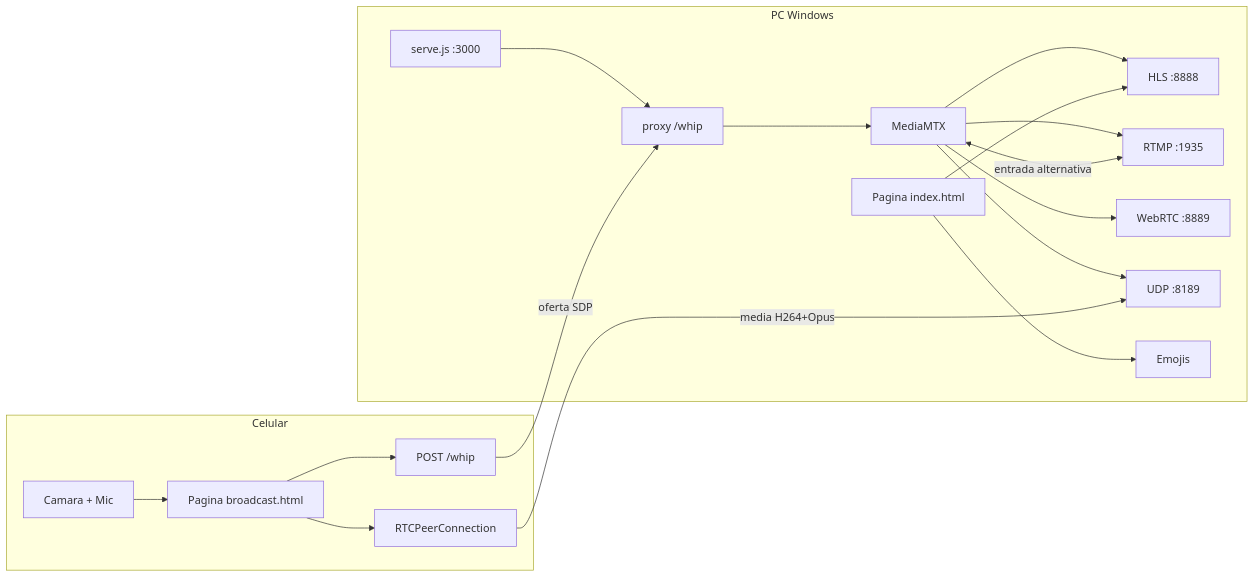
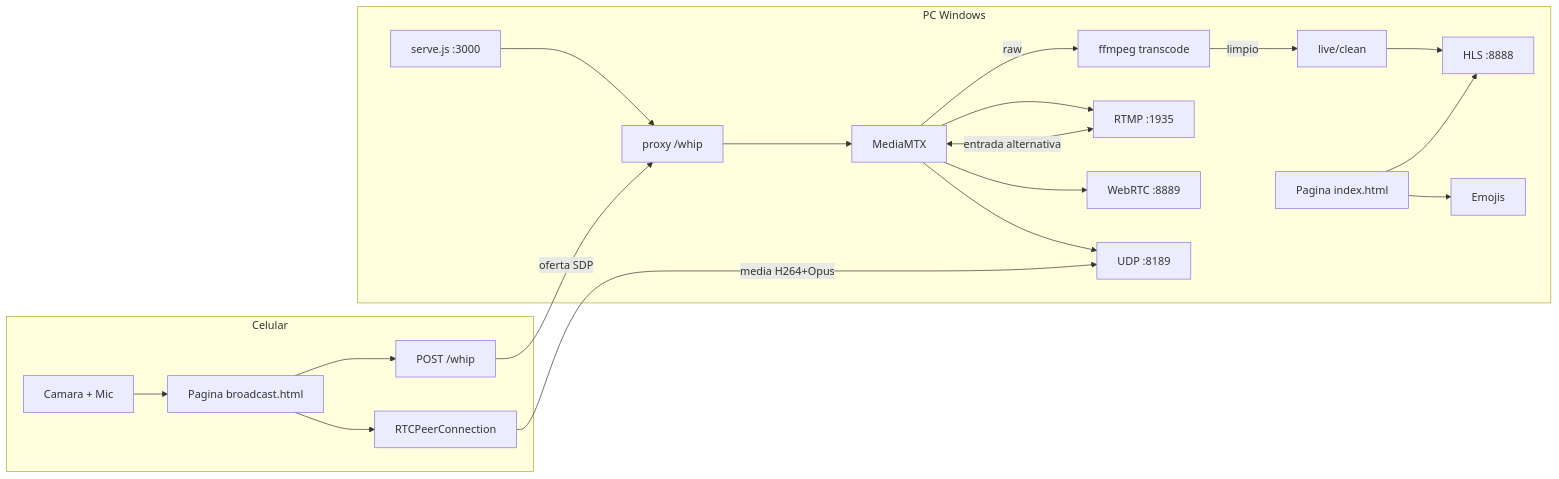
The first of 2 diagrams in README.md (DanmerCC/tiktok-live-vertical), drawn with Mermaid before and after one commit. The commit also changed other lines of this file and 2 other files, not shown here.

Commit message:
Transcodificar con ffmpeg: stream limpio (Baseline) en live/clean via runOnOnline

````diff
--- a/README.md
+++ b/README.md
@@ -58,23 +58,25 @@
 ```mermaid
 flowchart LR
     subgraph Celular
         CAM[Camara + Mic] --> BC[Pagina broadcast.html]
         BC --> PC[RTCPeerConnection]
         BC --> WHIP[POST /whip]
     end
 
     subgraph PC Windows
         S[serve.js :3000] --> W[proxy /whip]
         W --> M[MediaMTX]
-        M --> HLS[HLS :8888]
+        M -->|raw| F[ffmpeg transcode]
+        F -->|limpio| M2[live/clean]
+        M2 --> HLS[HLS :8888]
         M --> RTMP[RTMP :1935]
         M --> WR[WebRTC :8889]
         M --> ICE[UDP :8189]
         V[Pagina index.html] --> HLS
         V --> EM[Emojis]
     end
 
     PC -->|media H264+Opus| ICE
     WHIP -->|oferta SDP| W
     RTMP <-->|entrada alternativa| M
 ```
````
